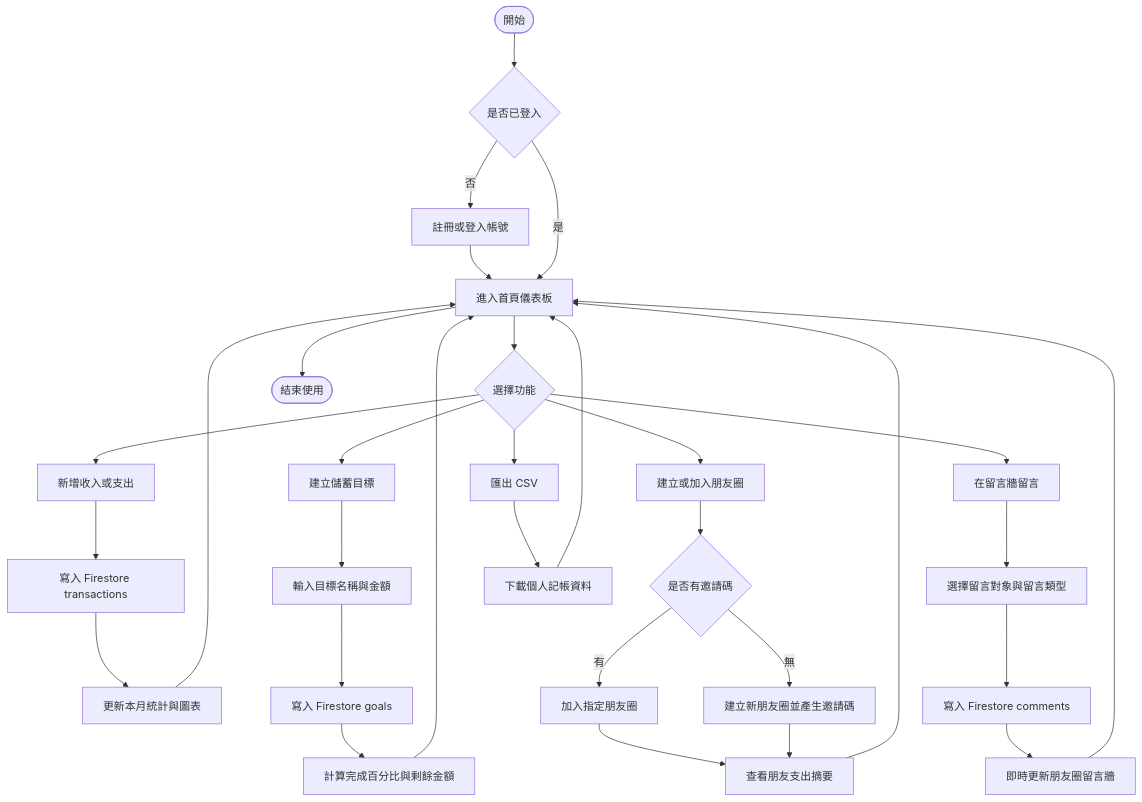
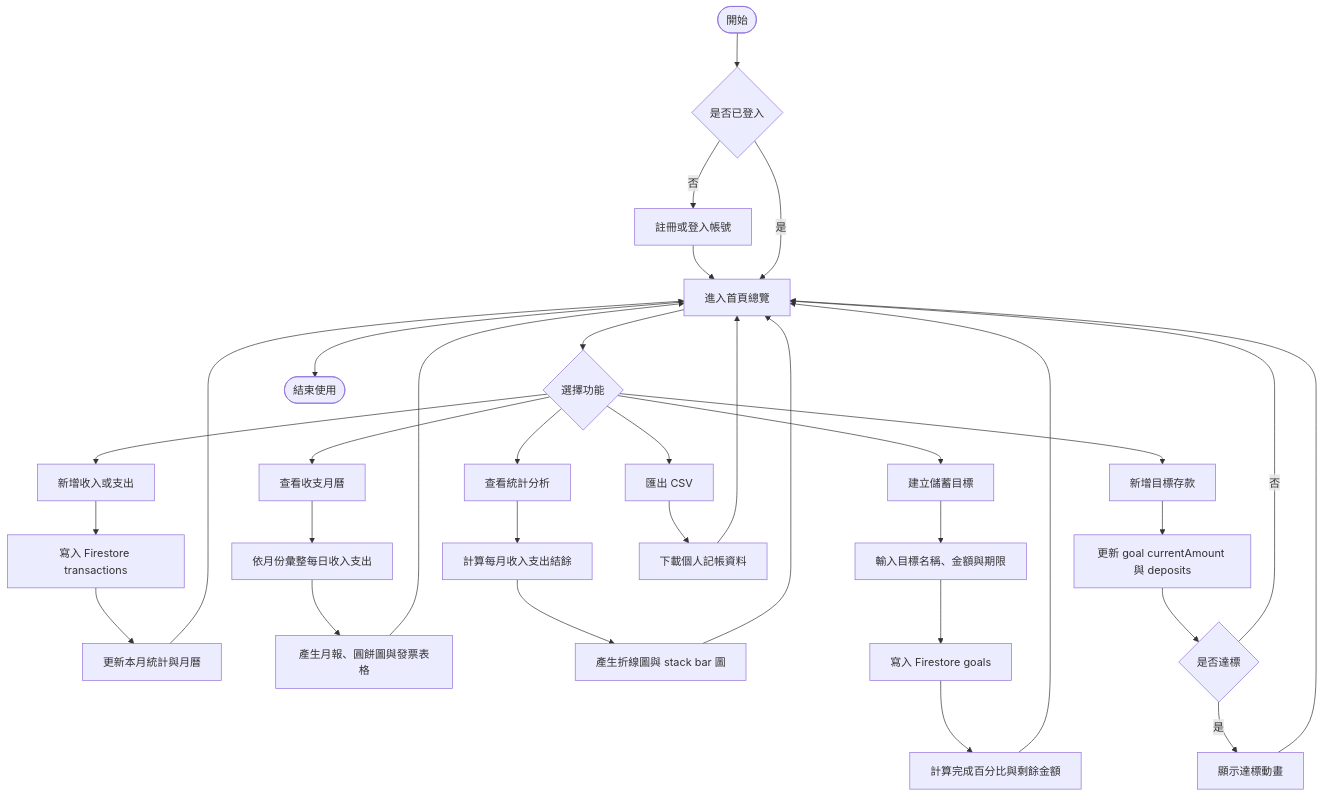
The diagram in final_project/README.md (B1229053/Webp2026), drawn with Mermaid before and after one commit. The commit also changed other lines of this file and 11 other files, not shown here.

````diff
--- a/final_project/README.md
+++ b/final_project/README.md
@@ -257,40 +192,43 @@
 ```mermaid
 flowchart TD
   A([開始]) --> B{是否已登入}
   B -- 否 --> C[註冊或登入帳號]
-  C --> D[進入首頁儀表板]
+  C --> D[進入首頁總覽]
   B -- 是 --> D
 
   D --> E{選擇功能}
 
   E --> F[新增收入或支出]
   F --> G[寫入 Firestore transactions]
-  G --> H[更新本月統計與圖表]
+  G --> H[更新本月統計與月曆]
   H --> D
 
-  E --> I[建立儲蓄目標]
-  I --> J[輸入目標名稱與金額]
-  J --> K[寫入 Firestore goals]
-  K --> L[計算完成百分比與剩餘金額]
-  L --> D
+  E --> I[查看收支月曆]
+  I --> J[依月份彙整每日收入支出]
+  J --> K[產生月報、圓餅圖與發票表格]
+  K --> D
 
-  E --> M[建立或加入朋友圈]
-  M --> N{是否有邀請碼}
-  N -- 有 --> O[加入指定朋友圈]
-  N -- 無 --> P[建立新朋友圈並產生邀請碼]
-  O --> Q[查看朋友支出摘要]
-  P --> Q
-  Q --> D
+  E --> L[查看統計分析]
+  L --> M[計算每月收入支出結餘]
+  M --> N[產生折線圖與 stack bar 圖]
+  N --> D
 
-  E --> R[在留言牆留言]
-  R --> S[選擇留言對象與留言類型]
-  S --> T[寫入 Firestore comments]
-  T --> U[即時更新朋友圈留言牆]
-  U --> D
+  E --> O[建立儲蓄目標]
+  O --> P[輸入目標名稱、金額與期限]
+  P --> Q[寫入 Firestore goals]
+  Q --> R[計算完成百分比與剩餘金額]
+  R --> D
 
-  E --> V[匯出 CSV]
-  V --> W[下載個人記帳資料]
-  W --> D
+  E --> S[新增目標存款]
+  S --> T[更新 goal currentAmount 與 deposits]
+  T --> U{是否達標}
+  U -- 是 --> V[顯示達標動畫]
+  U -- 否 --> D
+  V --> D
 
-  D --> X([結束使用])
+  E --> W[匯出 CSV]
+  W --> X[下載個人記帳資料]
+  X --> D
+
+  D --> Y([結束使用])
 ```
````
